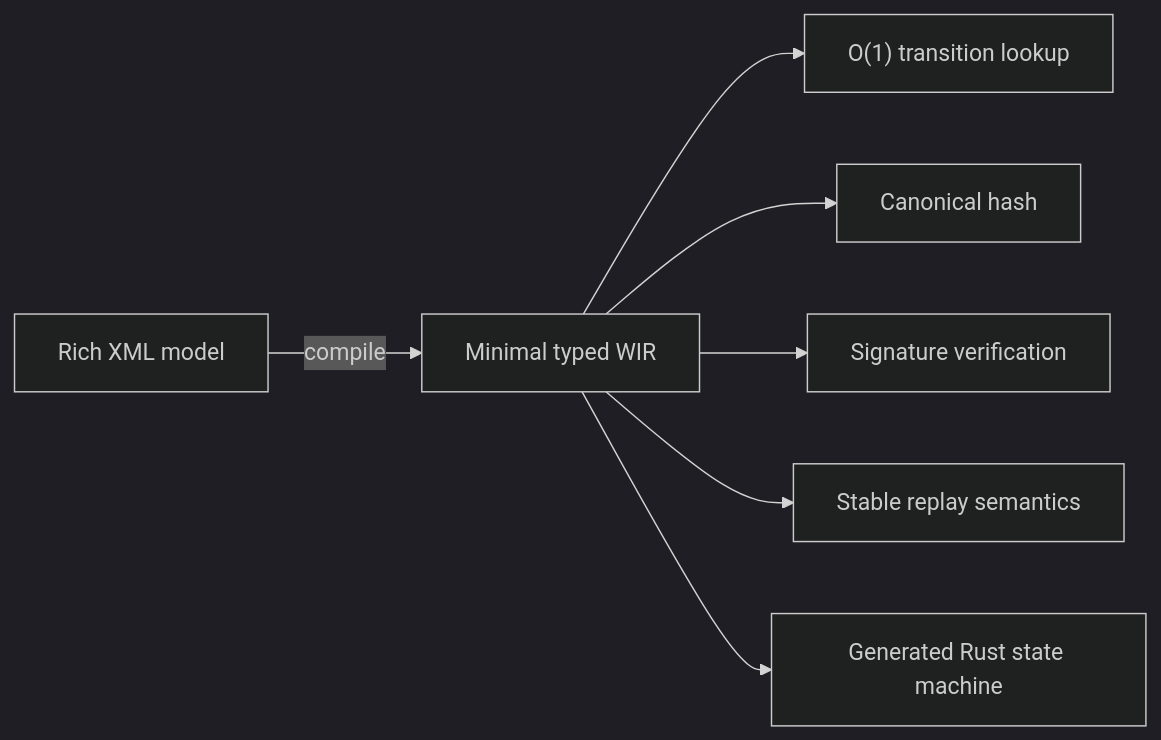
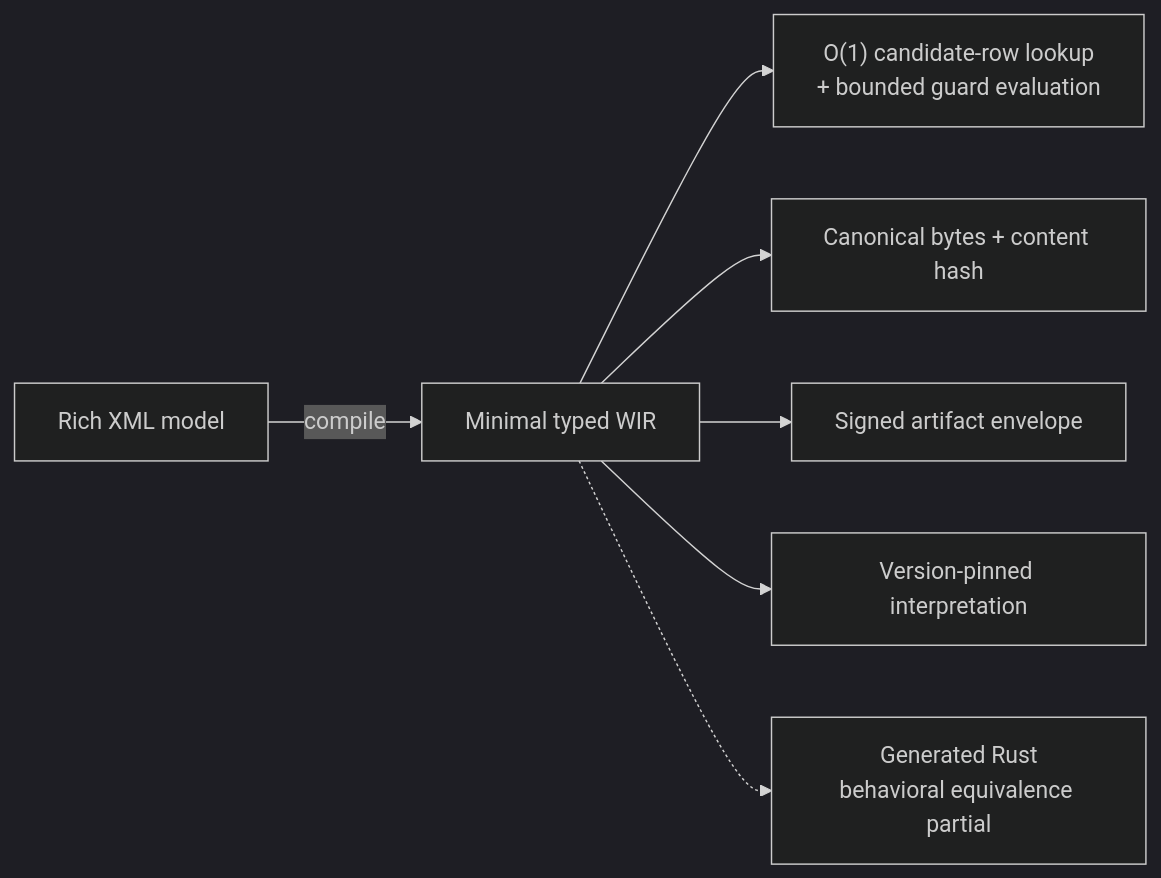
Before and after one commit to dangthobach/dangthobach.github.io: the third of 12 diagrams in quartz/content/BPMP-Platform/BPMP-Architecture-Technology-Deep-Dive.md, drawn with Mermaid (dark theme). The commit also changed other lines of this file and 1 other file, not shown here.

Commit message:
update diagram

````diff
--- a/quartz/content/BPMP-Platform/BPMP-Architecture-Technology-Deep-Dive.md
+++ b/quartz/content/BPMP-Platform/BPMP-Architecture-Technology-Deep-Dive.md
@@ -125,9 +141,9 @@
 ```mermaid
 flowchart LR
     XML["Rich XML model"] -->|"compile"| WIR["Minimal typed WIR"]
-    WIR --> TABLE["O(1) transition lookup"]
-    WIR --> HASH["Canonical hash"]
-    WIR --> SIGN["Signature verification"]
-    WIR --> REPLAY["Stable replay semantics"]
-    WIR --> CODEGEN["Generated Rust state machine"]
+    WIR --> TABLE["O(1) candidate-row lookup\n+ bounded guard evaluation"]
+    WIR --> HASH["Canonical bytes + content hash"]
+    WIR --> SIGN["Signed artifact envelope"]
+    WIR --> VERSION["Version-pinned interpretation"]
+    WIR -.-> CODEGEN["Generated Rust\nbehavioral equivalence partial"]
 ```
````
